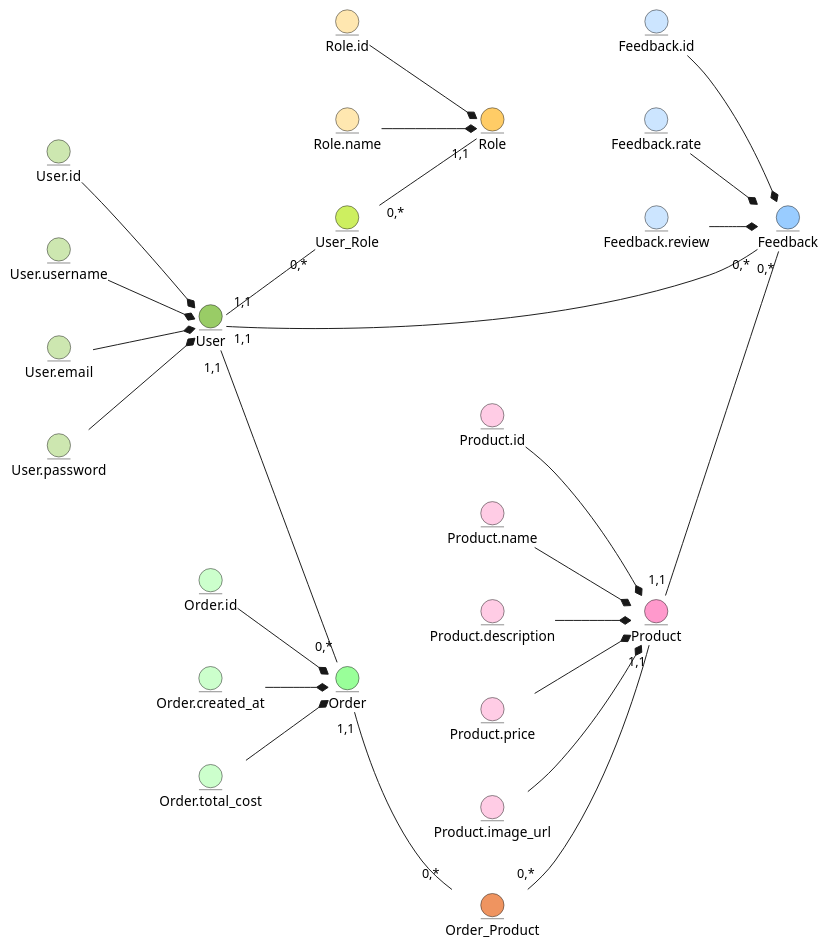
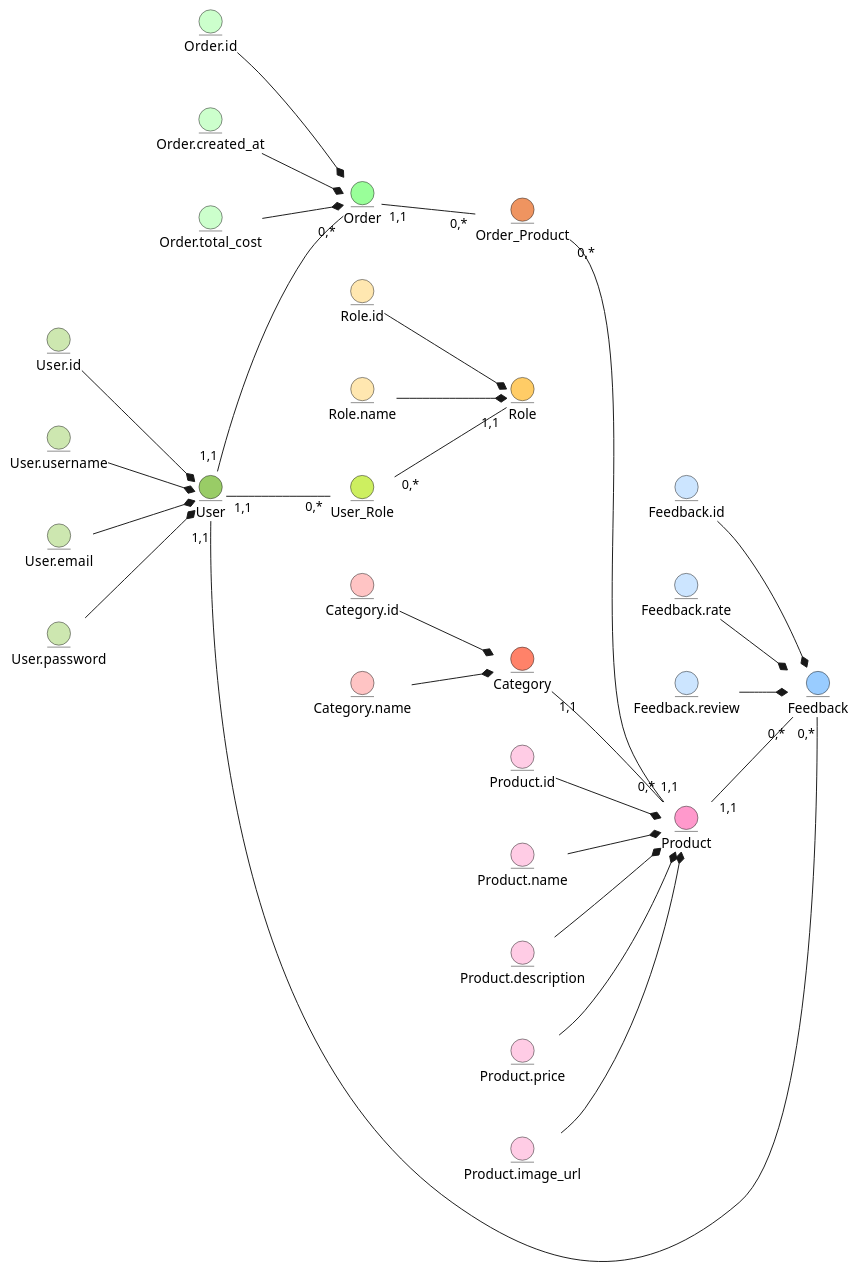
The diagram in api/docs/docs.md (lolman135/SimpleWebShop), drawn with PlantUML before and after one commit. The commit also changed 2 other files, not shown here.

Commit message:
Refacrot entities diagram

```diff
--- a/api/docs/docs.md
+++ b/api/docs/docs.md
@@ -63,6 +63,14 @@
     Feedback.rate --* Feedback
     Feedback.review --* Feedback
     }
+
+    together {
+    entity Category #FF8269
+    entity Category.id #FFC4C4
+    entity Category.name #FFC4C4
+    Category.id --* Category
+    Category.name --* Category
+    }
     
     ' ==================== link_entities=============
     entity User_Role #CDEF60
@@ -83,4 +91,8 @@
     Product "1,1" -- "0,*" Feedback
     User "1,1" -- "0,*" Feedback
 
+    Category "1,1" -- "0,*" Product
+
+
+
 @enduml
```
